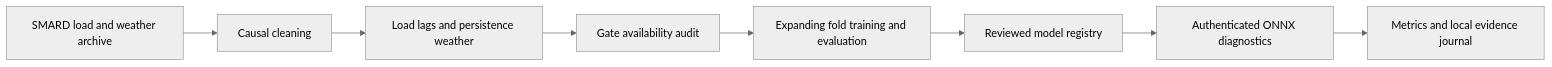
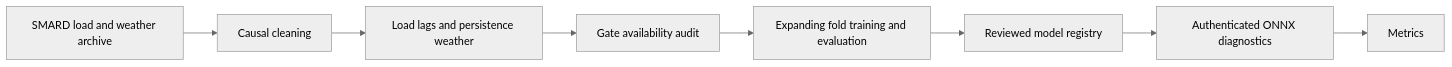
Before and after one commit to pavann19/ChronoGRID: the diagram in README.md, drawn with Mermaid (neutral theme). The commit also changed other lines of this file and 72 other files, not shown here.

````diff
--- a/README.md
+++ b/README.md
@@ -74,10 +74,10 @@
 ```mermaid
 flowchart LR
     A[SMARD load and weather archive] --> B[Causal cleaning]
     B --> C[Load lags and persistence weather]
     C --> D[Gate availability audit]
     D --> E[Expanding fold training and evaluation]
     E --> F[Reviewed model registry]
     F --> G[Authenticated ONNX diagnostics]
-    G --> H[Metrics and local evidence journal]
+    G --> H[Metrics]
 ```
````
